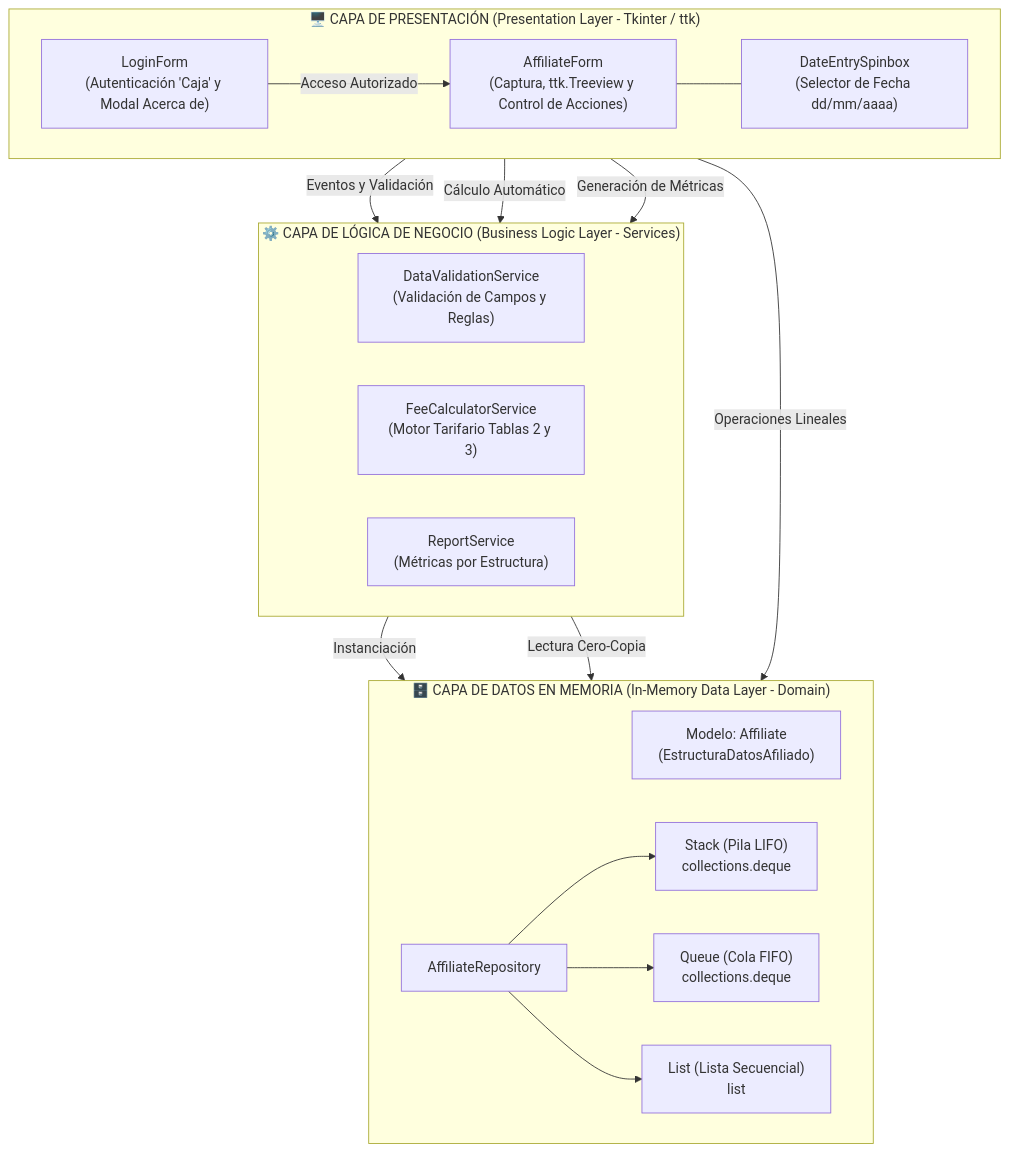
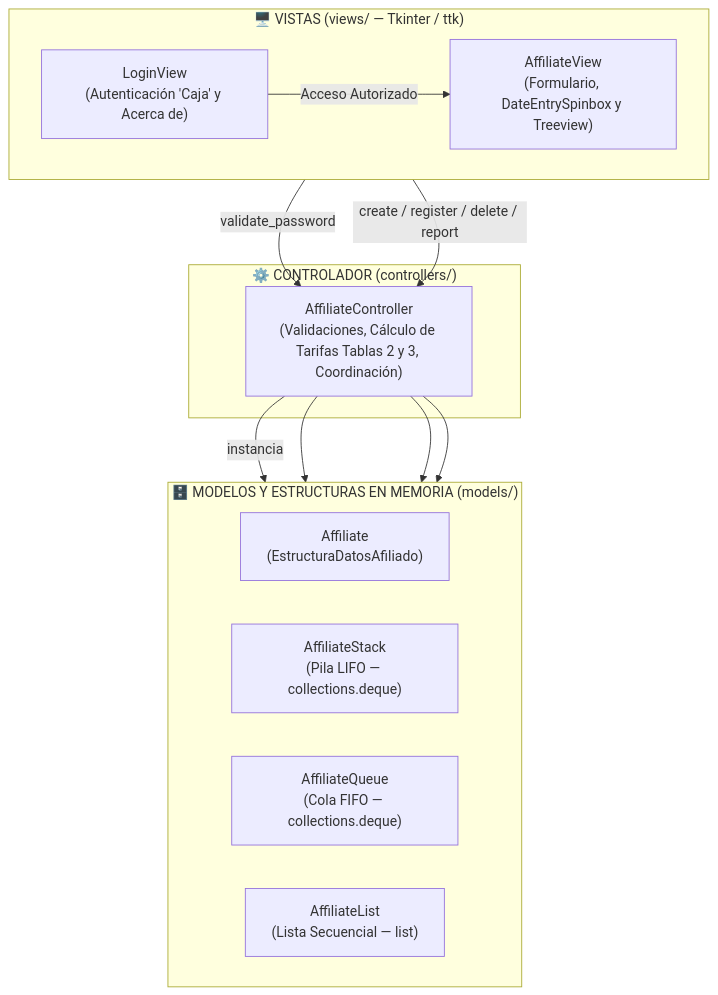
One commit to alexmargomez/fase3EstructuraDatos changed the diagram in README.md. Above: the diagram before and after it, drawn with Mermaid. The commit also changed other lines of this file and 32 other files, not shown here.

````diff
--- a/README.md
+++ b/README.md
@@ -26,37 +44,28 @@
 ```mermaid
 flowchart TB
-    subgraph GUI["🖥️ CAPA DE PRESENTACIÓN (Presentation Layer - Tkinter / ttk)"]
+    subgraph VIEWS["🖥️ VISTAS (views/ — Tkinter / ttk)"]
         direction LR
-        LF["LoginForm<br/>(Autenticación 'Caja' y Modal Acerca de)"]
-        AF["AffiliateForm<br/>(Captura, ttk.Treeview y Control de Acciones)"]
-        DES["DateEntrySpinbox<br/>(Selector de Fecha dd/mm/aaaa)"]
-        LF -->|Acceso Autorizado| AF
-        AF --- DES
+        LV["LoginView<br/>(Autenticación 'Caja' y Acerca de)"]
+        AV["AffiliateView<br/>(Formulario, DateEntrySpinbox y Treeview)"]
+        LV -->|Acceso Autorizado| AV
     end
 
-    subgraph BLL["⚙️ CAPA DE LÓGICA DE NEGOCIO (Business Logic Layer - Services)"]
-        direction LR
-        DVS["DataValidationService<br/>(Validación de Campos y Reglas)"]
-        FCS["FeeCalculatorService<br/>(Motor Tarifario Tablas 2 y 3)"]
-        RS["ReportService<br/>(Métricas por Estructura)"]
+    subgraph CONTROLLER["⚙️ CONTROLADOR (controllers/)"]
+        AC["AffiliateController<br/>(Validaciones, Cálculo de Tarifas Tablas 2 y 3, Coordinación)"]
     end
 
-    subgraph DAL["🗄️ CAPA DE DATOS EN MEMORIA (In-Memory Data Layer - Domain)"]
+    subgraph MODELS["🗄️ MODELOS Y ESTRUCTURAS EN MEMORIA (models/)"]
         direction LR
-        MOD["Modelo: Affiliate<br/>(EstructuraDatosAfiliado)"]
-        REPO["AffiliateRepository"]
-        STK["Stack (Pila LIFO)<br/>collections.deque"]
-        QUE["Queue (Cola FIFO)<br/>collections.deque"]
-        LST["List (Lista Secuencial)<br/>list"]
-        REPO --> STK
-        REPO --> QUE
-        REPO --> LST
+        AF["Affiliate<br/>(EstructuraDatosAfiliado)"]
+        STK["AffiliateStack<br/>(Pila LIFO — collections.deque)"]
+        QUE["AffiliateQueue<br/>(Cola FIFO — collections.deque)"]
+        LST["AffiliateList<br/>(Lista Secuencial — list)"]
     end
 
-    AF -->|Eventos y Validación| DVS
-    AF -->|Cálculo Automático| FCS
-    AF -->|Generación de Métricas| RS
-    DVS -->|Instanciación| MOD
-    AF -->|Operaciones Lineales| REPO
-    RS -->|Lectura Cero-Copia| REPO
+    LV -->|validate_password| AC
+    AV -->|create / register / delete / report| AC
+    AC -->|instancia| AF
+    AC --> STK
+    AC --> QUE
+    AC --> LST
 ```
````
